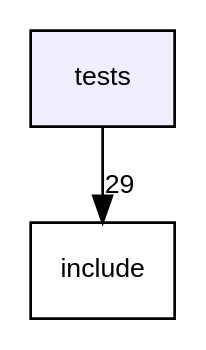
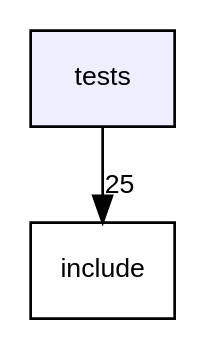
One commit to acgetchell/CDT-plusplus changed the diagram in dir_59425e443f801f1f2fd8bbe4959a3ccf_dep.dot. Above: the diagram before and after it, drawn with Graphviz. The commit also changed 371 other files, not shown here.

```diff
--- a/dir_59425e443f801f1f2fd8bbe4959a3ccf_dep.dot
+++ b/dir_59425e443f801f1f2fd8bbe4959a3ccf_dep.dot
@@ -1,8 +1,8 @@
 digraph "tests" {
   compound=true
   node [ fontsize="10", fontname="Helvetica"];
   edge [ labelfontsize="10", labelfontname="Helvetica"];
   dir_59425e443f801f1f2fd8bbe4959a3ccf [shape=box, label="tests", style="filled", fillcolor="#eeeeff", pencolor="black", URL="dir_59425e443f801f1f2fd8bbe4959a3ccf.html"];
   dir_d44c64559bbebec7f509842c48db8b23 [shape=box label="include" URL="dir_d44c64559bbebec7f509842c48db8b23.html"];
-  dir_59425e443f801f1f2fd8bbe4959a3ccf->dir_d44c64559bbebec7f509842c48db8b23 [headlabel="29", labeldistance=1.5 headhref="dir_000002_000000.html"];
+  dir_59425e443f801f1f2fd8bbe4959a3ccf->dir_d44c64559bbebec7f509842c48db8b23 [headlabel="25", labeldistance=1.5 headhref="dir_000002_000000.html"];
 }
```
